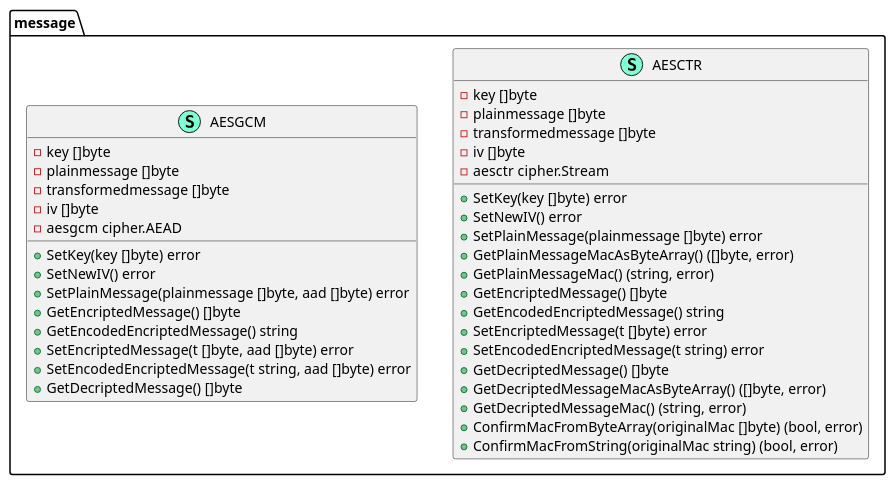
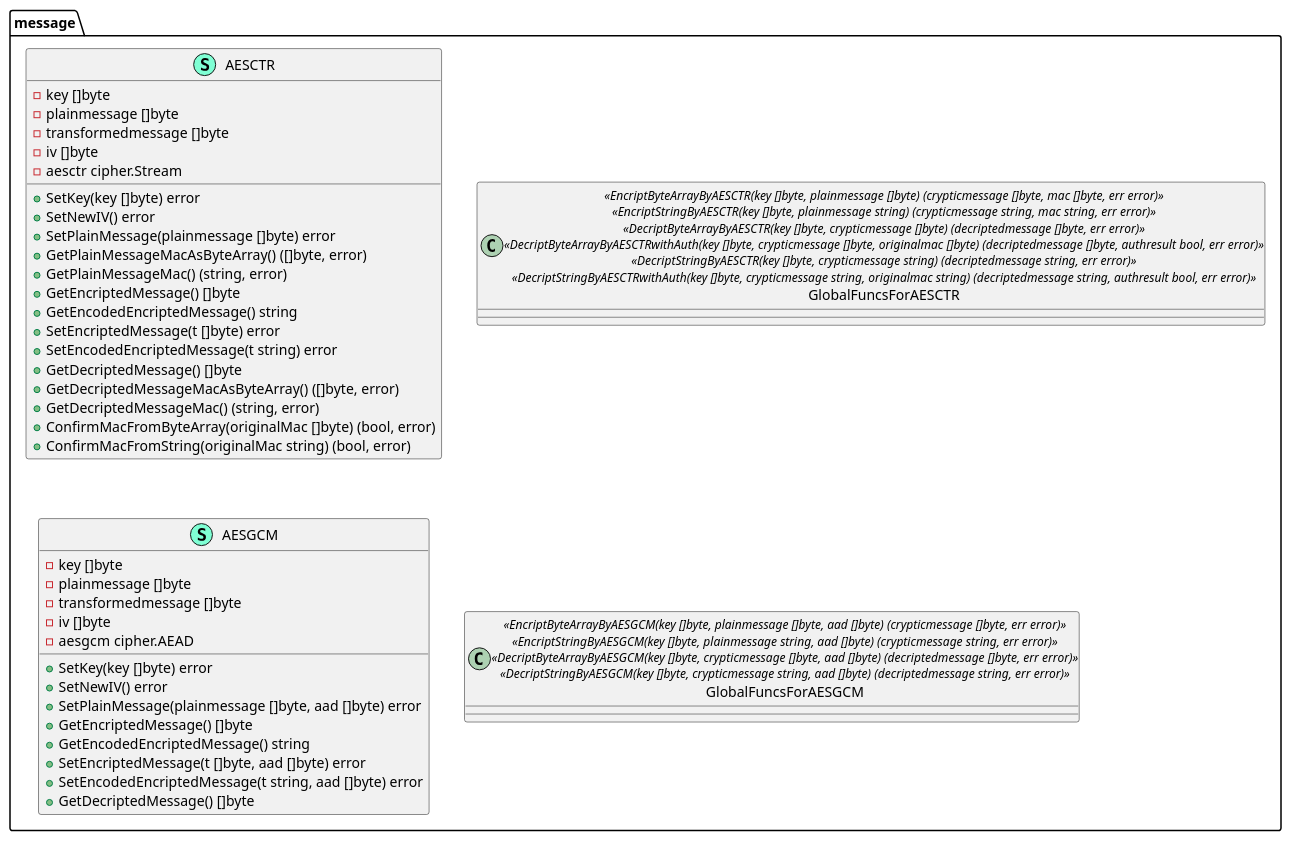
Before and after one commit to UedaTakeyuki/message: the diagram in docs/class.puml, drawn with PlantUML.

Commit message:
add global

```diff
--- a/docs/class.puml
+++ b/docs/class.puml
@@ -1,46 +1,56 @@
 @startuml
 namespace message {
     class AESCTR << (S,Aquamarine) >> {
         - key []byte
         - plainmessage []byte
         - transformedmessage []byte
         - iv []byte
         - aesctr cipher.Stream
 
         + SetKey(key []byte) error
         + SetNewIV() error
         + SetPlainMessage(plainmessage []byte) error
         + GetPlainMessageMacAsByteArray() ([]byte, error)
         + GetPlainMessageMac() (string, error)
         + GetEncriptedMessage() []byte
         + GetEncodedEncriptedMessage() string
         + SetEncriptedMessage(t []byte) error
         + SetEncodedEncriptedMessage(t string) error
         + GetDecriptedMessage() []byte
         + GetDecriptedMessageMacAsByteArray() ([]byte, error)
         + GetDecriptedMessageMac() (string, error)
         + ConfirmMacFromByteArray(originalMac []byte) (bool, error)
         + ConfirmMacFromString(originalMac string) (bool, error)
 
     }
+    class GlobalFuncsForAESCTR <<EncriptByteArrayByAESCTR(key []byte, plainmessage []byte) (crypticmessage []byte, mac []byte, err error)>> \
+                               <<EncriptStringByAESCTR(key []byte, plainmessage string) (crypticmessage string, mac string, err error)>> \
+                               <<DecriptByteArrayByAESCTR(key []byte, crypticmessage []byte) (decriptedmessage []byte, err error)>> \
+                               <<DecriptByteArrayByAESCTRwithAuth(key []byte, crypticmessage []byte, originalmac []byte) (decriptedmessage []byte, authresult bool, err error)>> \
+                               <<DecriptStringByAESCTR(key []byte, crypticmessage string) (decriptedmessage string, err error)>> \
+                               <<DecriptStringByAESCTRwithAuth(key []byte, crypticmessage string, originalmac string) (decriptedmessage string, authresult bool, err error)>>
     class AESGCM << (S,Aquamarine) >> {
         - key []byte
         - plainmessage []byte
         - transformedmessage []byte
         - iv []byte
         - aesgcm cipher.AEAD
 
         + SetKey(key []byte) error
         + SetNewIV() error
         + SetPlainMessage(plainmessage []byte, aad []byte) error
         + GetEncriptedMessage() []byte
         + GetEncodedEncriptedMessage() string
         + SetEncriptedMessage(t []byte, aad []byte) error
         + SetEncodedEncriptedMessage(t string, aad []byte) error
         + GetDecriptedMessage() []byte
 
     }
+    class GlobalFuncsForAESGCM <<EncriptByteArrayByAESGCM(key []byte, plainmessage []byte, aad []byte) (crypticmessage []byte, err error)>> \
+                               <<EncriptStringByAESGCM(key []byte, plainmessage string, aad []byte) (crypticmessage string, err error)>> \
+                               <<DecriptByteArrayByAESGCM(key []byte, crypticmessage []byte, aad []byte) (decriptedmessage []byte, err error)>> \
+                               <<DecriptStringByAESGCM(key []byte, crypticmessage string, aad []byte) (decriptedmessage string, err error)>>
 }
 
 
 @enduml
```
